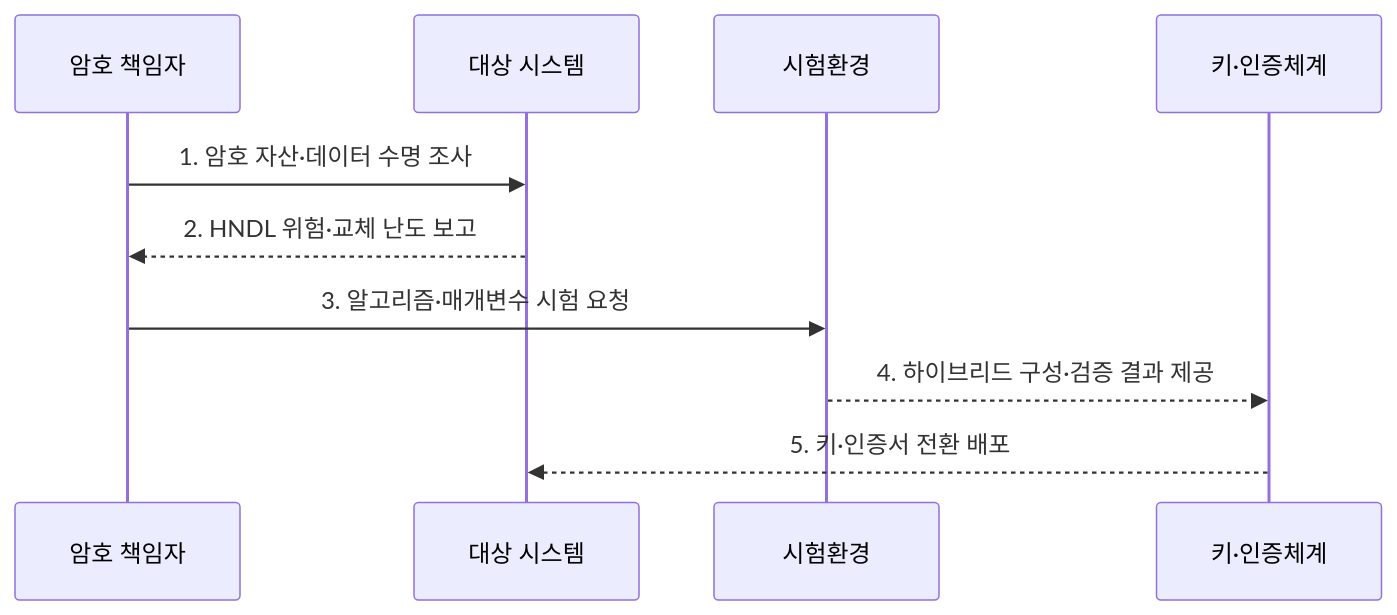
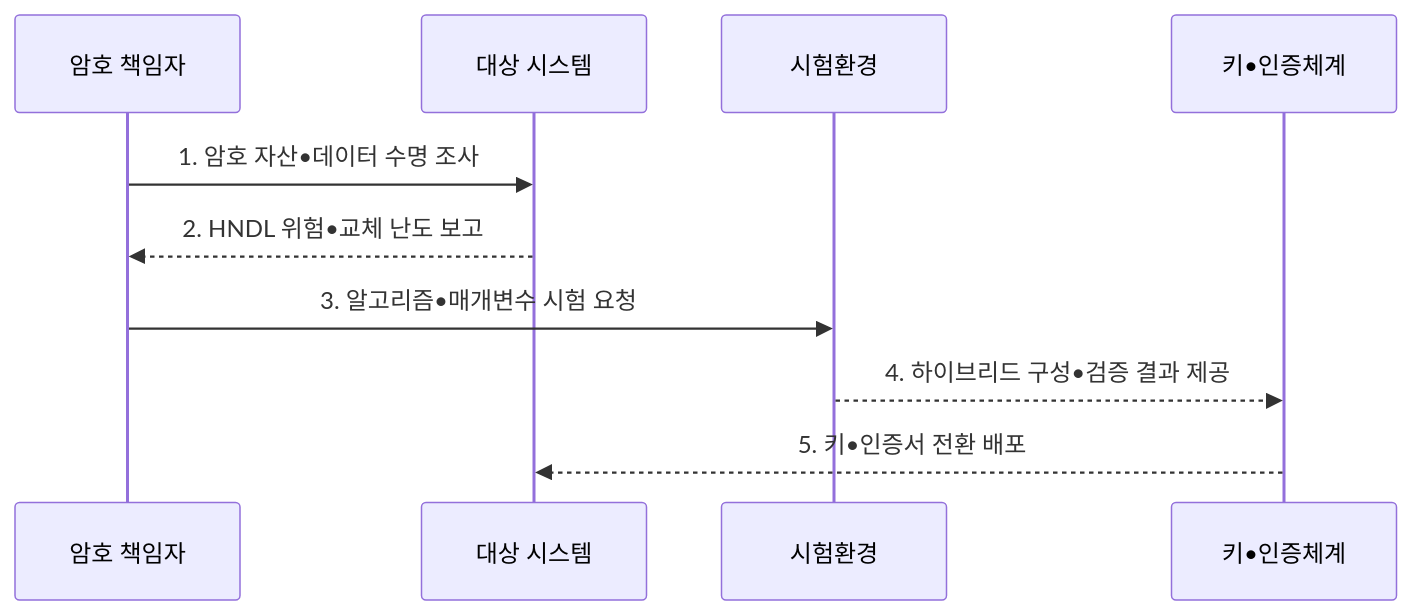
One commit to agnusdei1207/knowledge-base changed the second of 2 diagrams in src/content/docs/notes/07-law-policy/039_nist_pqc_fips.md. Above: the diagram before and after it, drawn with Mermaid. The commit also changed other lines of this file and 953 other files, not shown here.

````diff
--- a/src/content/docs/notes/07-law-policy/039_nist_pqc_fips.md
+++ b/src/content/docs/notes/07-law-policy/039_nist_pqc_fips.md
@@ -104,12 +104,12 @@
 ```mermaid
 sequenceDiagram
     participant O as 암호 책임자
     participant S as 대상 시스템
     participant T as 시험환경
-    participant K as 키·인증체계
-    O->>S: 1. 암호 자산·데이터 수명 조사
-    S-->>O: 2. HNDL 위험·교체 난도 보고
-    O->>T: 3. 알고리즘·매개변수 시험 요청
-    T-->>K: 4. 하이브리드 구성·검증 결과 제공
-    K-->>S: 5. 키·인증서 전환 배포
+    participant K as 키•인증체계
+    O->>S: 1. 암호 자산•데이터 수명 조사
+    S-->>O: 2. HNDL 위험•교체 난도 보고
+    O->>T: 3. 알고리즘•매개변수 시험 요청
+    T-->>K: 4. 하이브리드 구성•검증 결과 제공
+    K-->>S: 5. 키•인증서 전환 배포
 ```
````
